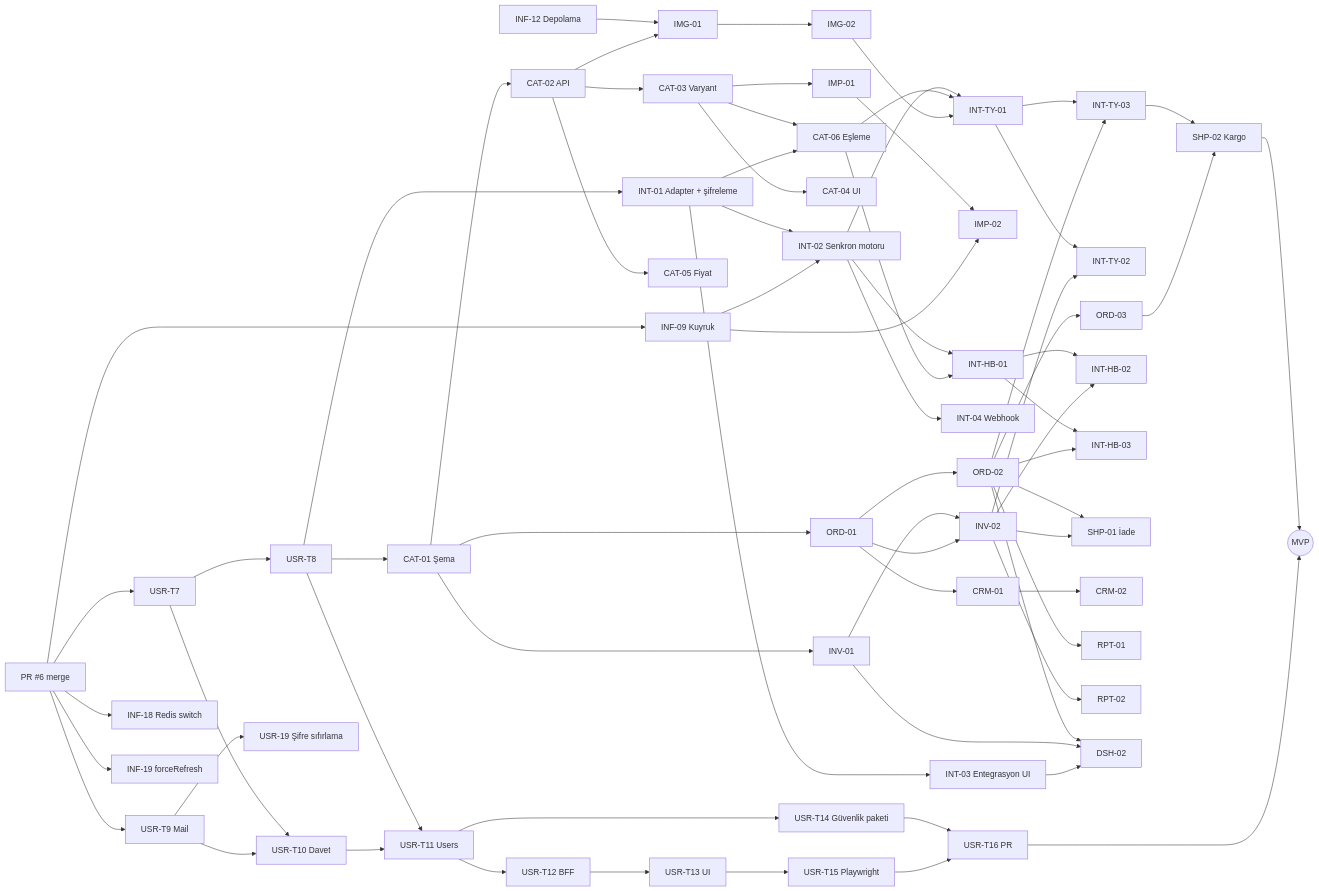
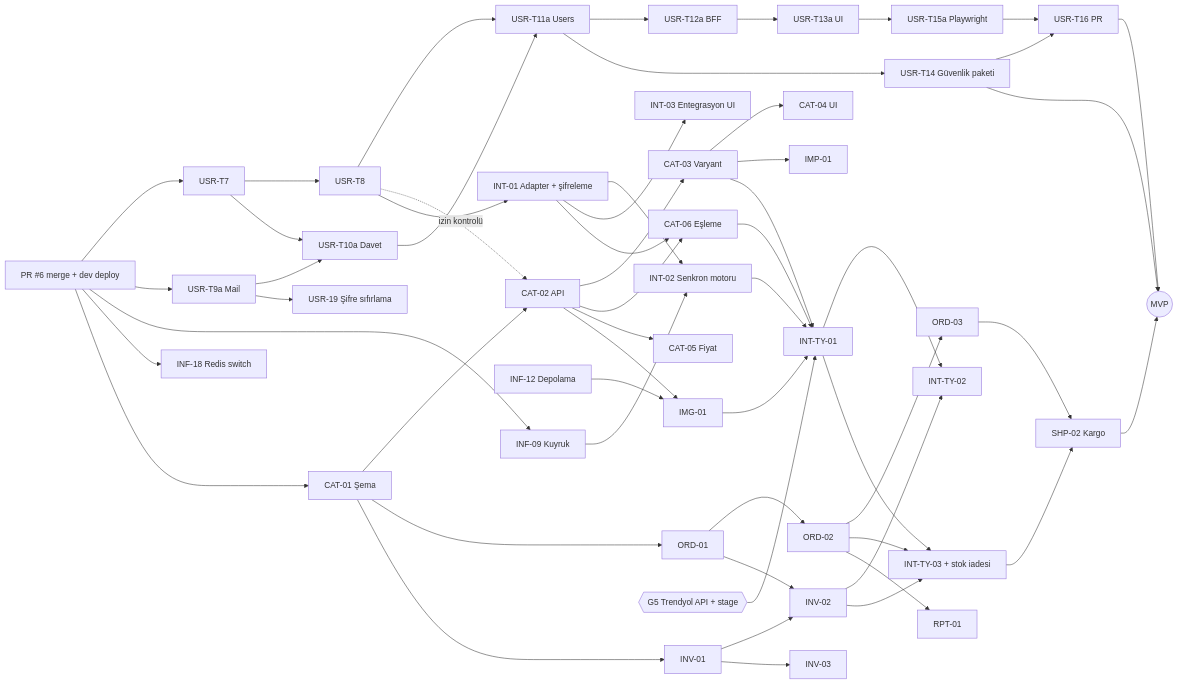
Before and after one commit to sarikayadem1983-glitch/E-ticaret-Merkezi-2.0: the diagram in docs/roadmap/DEPENDENCIES.md, drawn with Mermaid. The commit also changed other lines of this file and 5 other files, not shown here.

First line of the commit message:
docs(roadmap): scope MVP to Trendyol-only, split user-management MVP slices

````diff
--- a/docs/roadmap/DEPENDENCIES.md
+++ b/docs/roadmap/DEPENDENCIES.md
@@ -37,59 +43,52 @@
 ```mermaid
 graph LR
-  G1[PR #6 merge] --> T7[USR-T7]
-  G1 --> T9[USR-T9 Mail]
+  G1[PR #6 merge + dev deploy] --> T7[USR-T7]
+  G1 --> T9a[USR-T9a Mail]
   G1 --> INF09[INF-09 Kuyruk]
   G1 --> INF18[INF-18 Redis switch]
-  G1 --> INF19[INF-19 forceRefresh]
+  G1 --> CAT01[CAT-01 Şema]
   T7 --> T8[USR-T8]
-  T7 --> T10[USR-T10 Davet]
-  T9 --> T10
-  T9 --> USR19[USR-19 Şifre sıfırlama]
-  T8 --> T11[USR-T11 Users]
-  T10 --> T11
-  T11 --> T12[USR-T12 BFF] --> T13[USR-T13 UI] --> T15[USR-T15 Playwright]
-  T11 --> T14[USR-T14 Güvenlik paketi]
+  T7 --> T10a[USR-T10a Davet]
+  T9a --> T10a
+  T9a --> USR19[USR-19 Şifre sıfırlama]
+  T8 --> T11a[USR-T11a Users]
+  T10a --> T11a
+  T11a --> T12a[USR-T12a BFF] --> T13a[USR-T13a UI] --> T15a[USR-T15a Playwright]
+  T11a --> T14[USR-T14 Güvenlik paketi]
   T14 --> T16[USR-T16 PR]
-  T15 --> T16
-  T8 --> CAT01[CAT-01 Şema]
-  CAT01 --> CAT02[CAT-02 API] --> CAT03[CAT-03 Varyant] --> CAT06[CAT-06 Eşleme]
+  T15a --> T16
+  CAT01 --> CAT02[CAT-02 API]
+  T8 -. izin kontrolü .-> CAT02
+  CAT02 --> CAT03[CAT-03 Varyant]
+  CAT02 --> CAT06[CAT-06 Eşleme]
   CAT02 --> CAT05[CAT-05 Fiyat]
   CAT03 --> CAT04[CAT-04 UI]
-  CAT03 --> IMP01[IMP-01] --> IMP02[IMP-02]
-  INF09 --> IMP02
-  INF12[INF-12 Depolama] --> IMG01[IMG-01] --> IMG02[IMG-02]
+  CAT03 --> IMP01[IMP-01]
+  INF12[INF-12 Depolama] --> IMG01[IMG-01]
   CAT02 --> IMG01
   T8 --> INT01[INT-01 Adapter + şifreleme]
   INT01 --> INT02[INT-02 Senkron motoru]
   INF09 --> INT02
   INT01 --> INT03[INT-03 Entegrasyon UI]
-  INT02 --> INT04[INT-04 Webhook]
   INT01 --> CAT06
   CAT01 --> ORD01[ORD-01] --> ORD02[ORD-02] --> ORD03[ORD-03]
   CAT01 --> INV01[INV-01] --> INV02[INV-02]
   ORD01 --> INV02
+  INV01 --> INV03[INV-03]
+  G5{{G5 Trendyol API + stage}} --> TY1
   INT02 --> TY1[INT-TY-01]
   CAT06 --> TY1
-  IMG02 --> TY1
+  CAT03 --> TY1
+  IMG01 --> TY1
   TY1 --> TY2[INT-TY-02]
   INV02 --> TY2
-  TY1 --> TY3[INT-TY-03]
+  TY1 --> TY3[INT-TY-03 + stok iadesi]
   ORD02 --> TY3
-  INT02 --> HB1[INT-HB-01] --> HB2[INT-HB-02]
-  CAT06 --> HB1
-  HB1 --> HB3[INT-HB-03]
-  ORD02 --> HB3
-  INV02 --> HB2
-  ORD02 --> SHP01[SHP-01 İade]
-  INV02 --> SHP01
+  INV02 --> TY3
   TY3 --> SHP02[SHP-02 Kargo]
   ORD03 --> SHP02
-  ORD01 --> CRM01[CRM-01] --> CRM02[CRM-02]
   ORD02 --> RPT01[RPT-01]
-  INV02 --> RPT02[RPT-02]
-  ORD02 --> DSH02[DSH-02]
-  INV01 --> DSH02
-  INT03 --> DSH02
   SHP02 --> MVP((MVP))
   T16 --> MVP
+  T14 --> MVP
 ```
````
